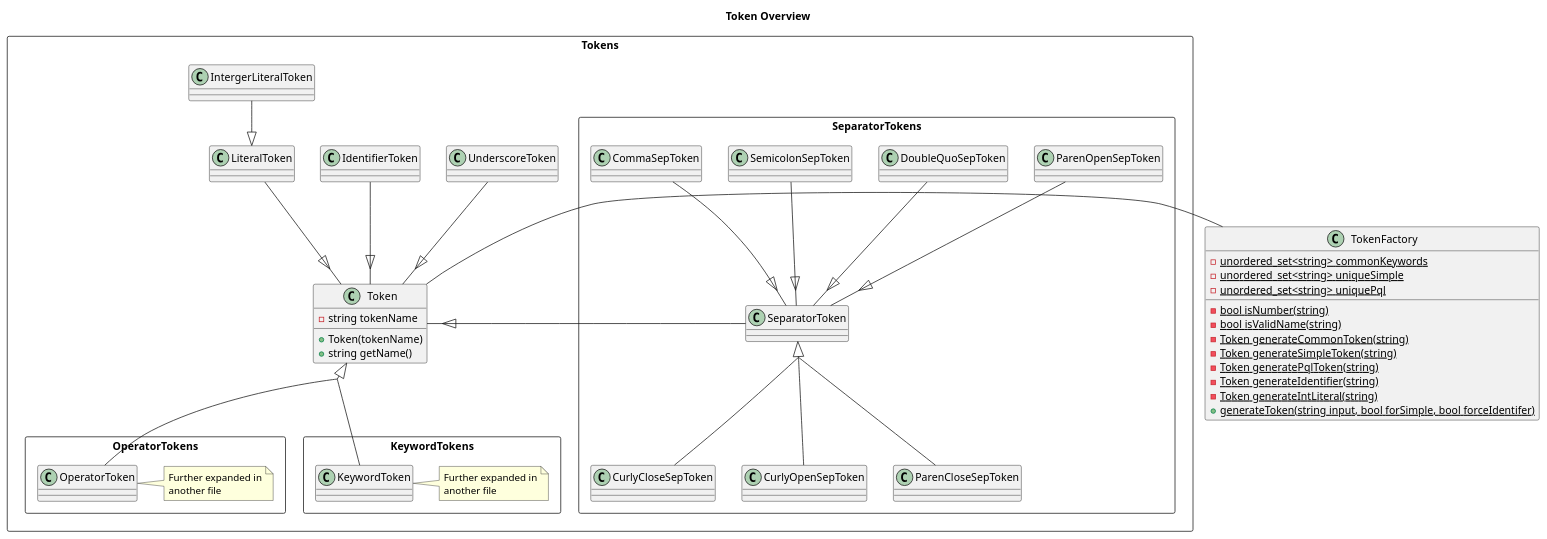
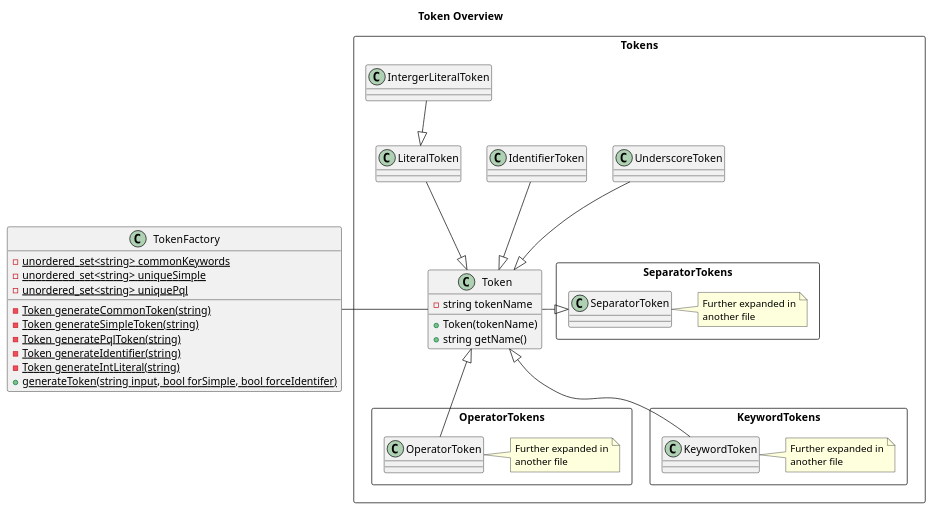
Before and after one commit to NicsunXnus/SoftwareEngineeringProject: the diagram in Team18/Docs/SP/DiagramsV2/TokensOverview/TokensOverview.puml, drawn with PlantUML. The commit also changed 9 other files, not shown here.

```diff
--- a/Team18/Docs/SP/DiagramsV2/TokensOverview/TokensOverview.puml
+++ b/Team18/Docs/SP/DiagramsV2/TokensOverview/TokensOverview.puml
@@ -1,80 +1,68 @@
 @startuml
 ' !include ../style.puml
 skinparam ClassFontColor #000000
 skinparam ClassBorderColor #000000
 
 title Token Overview
 
 Class TokenFactory {
     {static} - unordered_set<string> commonKeywords
     {static} - unordered_set<string> uniqueSimple
     {static} - unordered_set<string> uniquePql
-    {static} - bool isNumber(string)
-    {static} - bool isValidName(string)
     {static} - Token generateCommonToken(string)
     {static} - Token generateSimpleToken(string)
     {static} - Token generatePqlToken(string)
     {static} - Token generateIdentifier(string)
     {static} - Token generateIntLiteral(string)
     {static} + generateToken(string input, bool forSimple, bool forceIdentifer)
 }
 package Tokens <<rectangle>> {
     Class Token {
         - string tokenName
         + Token(tokenName)
         + string getName()
     }
     Class UnderscoreToken {}
     Class IdentifierToken {}
     Class LiteralToken {}
     Class IntergerLiteralToken {}
     package SeparatorTokens <<rectangle>> {
         Class SeparatorToken {}
-            Class CurlyCloseSepToken {}
-            Class CurlyOpenSepToken {}
-            Class ParenOpenSepToken {}
-            Class ParenCloseSepToken {}
-            Class DoubleQuoSepToken {}
-            Class SemicolonSepToken {}
-            Class CommaSepToken {}
+        note right of SeparatorToken
+        Further expanded in
+        another file
+        end note
+
     }
     package OperatorTokens <<rectangle>> {
         Class OperatorToken {}
         note right of OperatorToken
         Further expanded in
         another file
         end note
     }
     package KeywordTokens <<rectangle>> {
         Class KeywordToken {}
         note right of KeywordToken
         Further expanded in
         another file
         end note
     }
 }
 
-TokenFactory -left- Token
+Token -left- TokenFactory
 
-skinparam groupInheritance 2
 UnderscoreToken --|> Token
 IdentifierToken --|> Token
 
 LiteralToken --|> Token
 IntergerLiteralToken --|> LiteralToken
 
-SeparatorToken -right-|> Token
-    CurlyCloseSepToken -up-|> SeparatorToken
-    CurlyOpenSepToken -up-|> SeparatorToken
-    ParenCloseSepToken -up-|> SeparatorToken
-    ParenOpenSepToken -down-|> SeparatorToken
-    SemicolonSepToken -down-|> SeparatorToken
-    CommaSepToken -down-|> SeparatorToken
-    DoubleQuoSepToken -down-|> SeparatorToken
+Token -right-|> SeparatorToken
 
 OperatorToken -up-|> Token
    
 KeywordToken -up-|> Token
 
 
 @end
```
